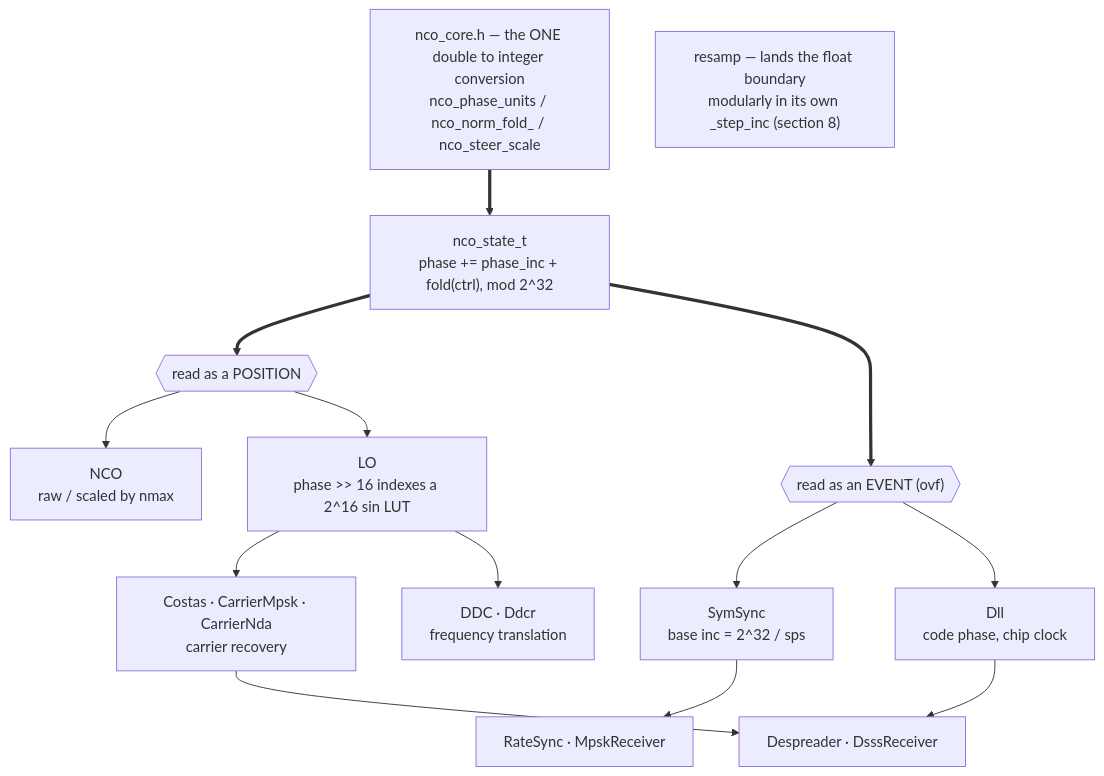
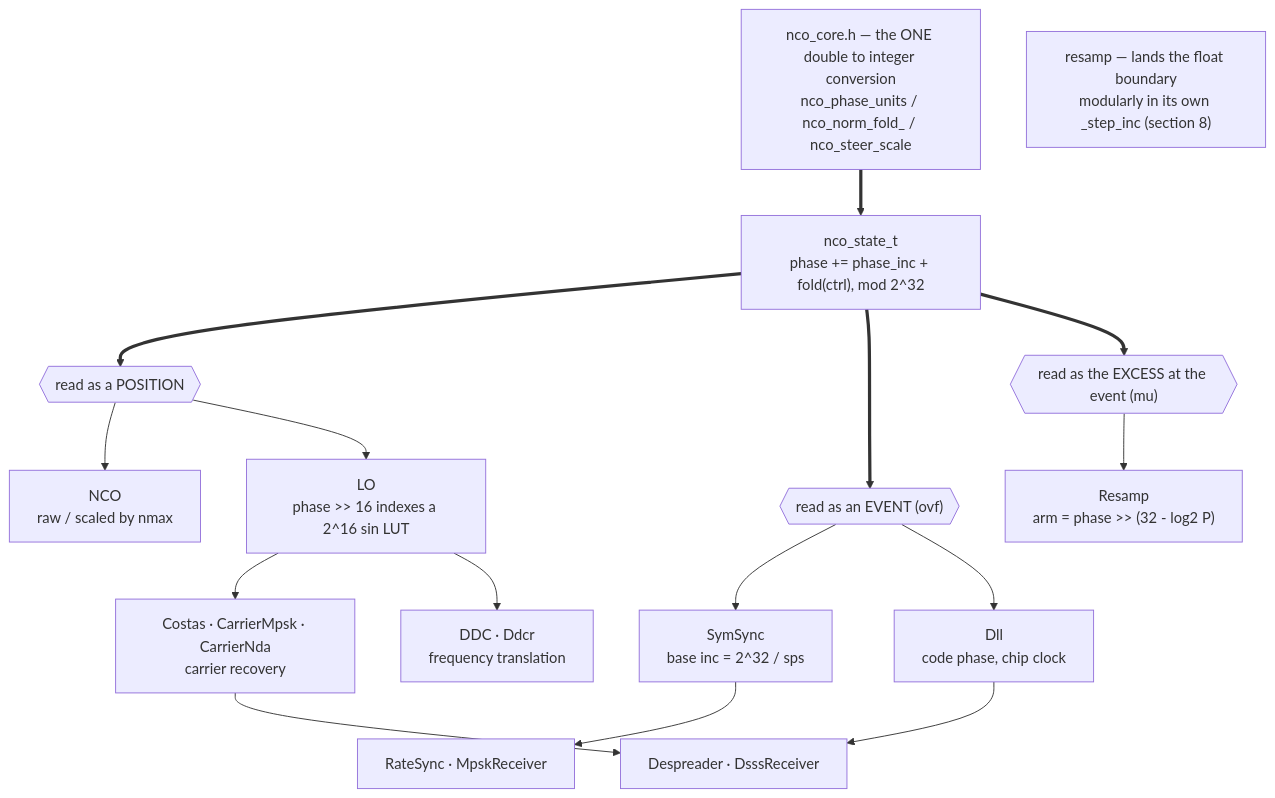
The diagram in docs/design/nco.md (doppler-dsp/doppler), drawn with Mermaid before and after one commit. The commit also changed other lines of this file and 31 other files, not shown here.

````diff
--- a/docs/design/nco.md
+++ b/docs/design/nco.md
@@ -188,23 +235,26 @@
 ```mermaid
 flowchart TB
     CONV["nco_core.h — the ONE double to integer conversion<br/>nco_phase_units / nco_norm_fold_ / nco_steer_scale"]
 
     CONV ==> ACC["nco_state_t<br/>phase += phase_inc + fold(ctrl), mod 2^32"]
 
     ACC ==> SYNTH{{"read as a POSITION"}}
     ACC ==> STROBE{{"read as an EVENT (ovf)"}}
 
     SYNTH --> NCOOBJ["NCO<br/>raw / scaled by nmax"]
     SYNTH --> LO["LO<br/>phase >> 16 indexes a 2^16 sin LUT"]
     LO --> CAR["Costas · CarrierMpsk · CarrierNda<br/>carrier recovery"]
     LO --> DDCN["DDC · Ddcr<br/>frequency translation"]
 
+    ACC ==> MU{{"read as the EXCESS at the event (mu)"}}
+    MU --> RES["Resamp<br/>arm = phase >> (32 - log2 P)"]
+
     STROBE --> SYMS["SymSync<br/>base inc = 2^32 / sps"]
     STROBE --> DLL["Dll<br/>code phase, chip clock"]
 
     SYMS --> RSYNC["RateSync · MpskReceiver"]
     DLL --> DSSS["Despreader · DsssReceiver"]
     CAR --> DSSS
 
     MOD["resamp — lands the float boundary<br/>modularly in its own _step_inc (section 8)"]
 ```
````
